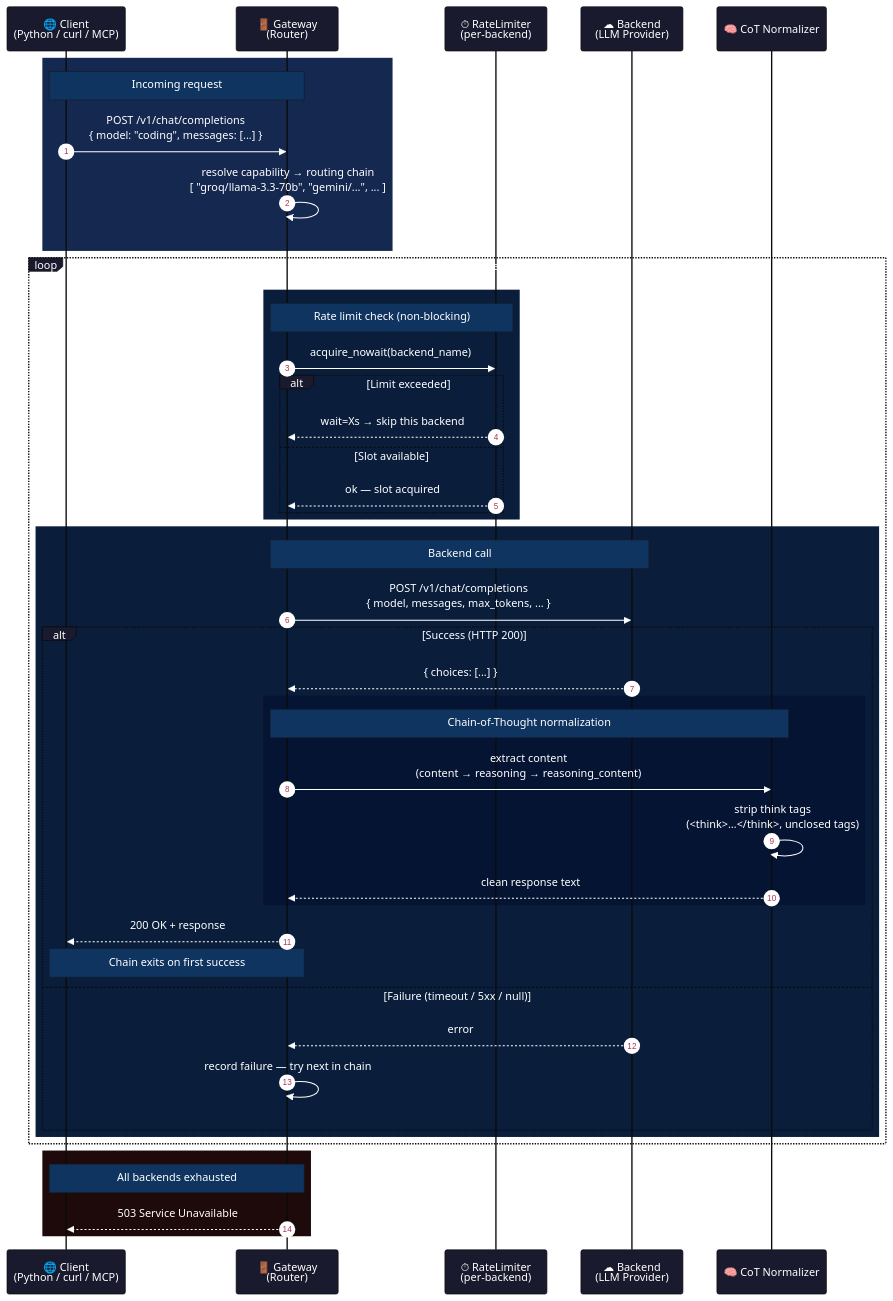
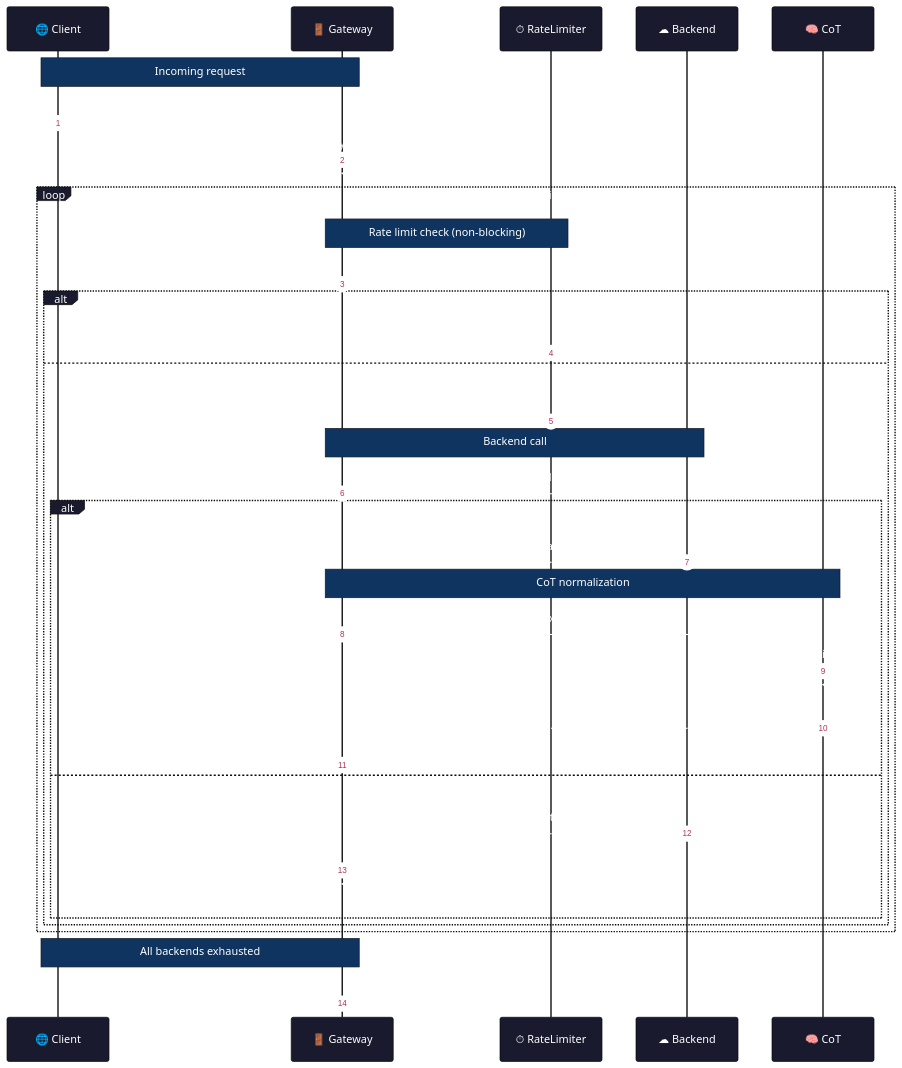
Before and after one commit to cs-cdf/fleet-gateway: the diagram in docs/architecture/request-flow.md, drawn with Mermaid. The commit also changed other lines of this file and 4 other files, not shown here.

First line of the commit message:
fix(docs): repair Mermaid parse errors across all architecture diagrams

````diff
--- a/docs/architecture/request-flow.md
+++ b/docs/architecture/request-flow.md
@@ -5,70 +5,56 @@
 ```mermaid
 %%{init: {'theme': 'base', 'themeVariables': {
   'primaryColor': '#1a1a2e',
   'primaryTextColor': '#ffffff',
   'lineColor': '#4ecca3',
   'fontFamily': 'Inter, sans-serif',
-  'fontSize': '13px',
+  'fontSize': '14px',
   'activationBorderColor': '#4ecca3',
   'activationBkgColor': '#16213e',
   'noteBkgColor': '#0f3460',
   'noteTextColor': '#ffffff'
 }}}%%
 sequenceDiagram
     autonumber
 
-    participant Client   as 🌐 Client<br/>(Python / curl / MCP)
-    participant Gateway  as 🚪 Gateway<br/>(Router)
-    participant RL       as ⏱ RateLimiter<br/>(per-backend)
-    participant Backend  as ☁ Backend<br/>(LLM Provider)
-    participant CoT      as 🧠 CoT Normalizer
+    participant Client  as 🌐 Client
+    participant Gateway as 🚪 Gateway
+    participant RL      as ⏱ RateLimiter
+    participant Backend as ☁ Backend
+    participant CoT     as 🧠 CoT
 
-    rect rgb(20, 40, 80)
-        Note over Client,Gateway: Incoming request
-        Client->>Gateway: POST /v1/chat/completions<br/>{ model: "coding", messages: [...] }
-        Gateway->>Gateway: resolve capability → routing chain<br/>[ "groq/llama-3.3-70b", "gemini/...", ... ]
-    end
+    Note over Client,Gateway: Incoming request
+    Client->>Gateway: POST /v1/chat/completions { model: "coding" }
+    Gateway->>Gateway: resolve capability to routing chain
 
     loop Fallback chain — try each entry until success
 
-        rect rgb(10, 30, 60)
-            Note over Gateway,RL: Rate limit check (non-blocking)
-            Gateway->>RL: acquire_nowait(backend_name)
+        Note over Gateway,RL: Rate limit check (non-blocking)
+        Gateway->>RL: acquire_nowait(backend_name)
 
-            alt Limit exceeded
-                RL-->>Gateway: wait=Xs → skip this backend
-            else Slot available
-                RL-->>Gateway: ok — slot acquired
-            end
-        end
+        alt Limit exceeded
+            RL-->>Gateway: skip — try next
+        else Slot available
+            RL-->>Gateway: ok
 
-        rect rgb(10, 30, 60)
             Note over Gateway,Backend: Backend call
-            Gateway->>Backend: POST /v1/chat/completions<br/>{ model, messages, max_tokens, ... }
+            Gateway->>Backend: POST /v1/chat/completions
 
-            alt Success (HTTP 200)
-                Backend-->>Gateway: { choices: [...] }
-
-                rect rgb(5, 20, 50)
-                    Note over Gateway,CoT: Chain-of-Thought normalization
-                    Gateway->>CoT: extract content<br/>(content → reasoning → reasoning_content)
-                    CoT->>CoT: strip think tags<br/>(<think>…</think>, unclosed tags)
-                    CoT-->>Gateway: clean response text
-                end
-
+            alt Success
+                Backend-->>Gateway: choices[0].message
+                Note over Gateway,CoT: CoT normalization
+                Gateway->>CoT: extract content
+                CoT->>CoT: strip think tags
+                CoT-->>Gateway: clean text
                 Gateway-->>Client: 200 OK + response
-                Note over Client,Gateway: Chain exits on first success
-
-            else Failure (timeout / 5xx / null)
-                Backend-->>Gateway: error
-                Gateway->>Gateway: record failure — try next in chain
+            else Failure
+                Backend-->>Gateway: error / timeout
+                Gateway->>Gateway: try next in chain
             end
         end
 
     end
 
-    rect rgb(30, 10, 10)
-        Note over Client,Gateway: All backends exhausted
-        Gateway-->>Client: 503 Service Unavailable
-    end
+    Note over Client,Gateway: All backends exhausted
+    Gateway-->>Client: 503 Service Unavailable
 ```
````
